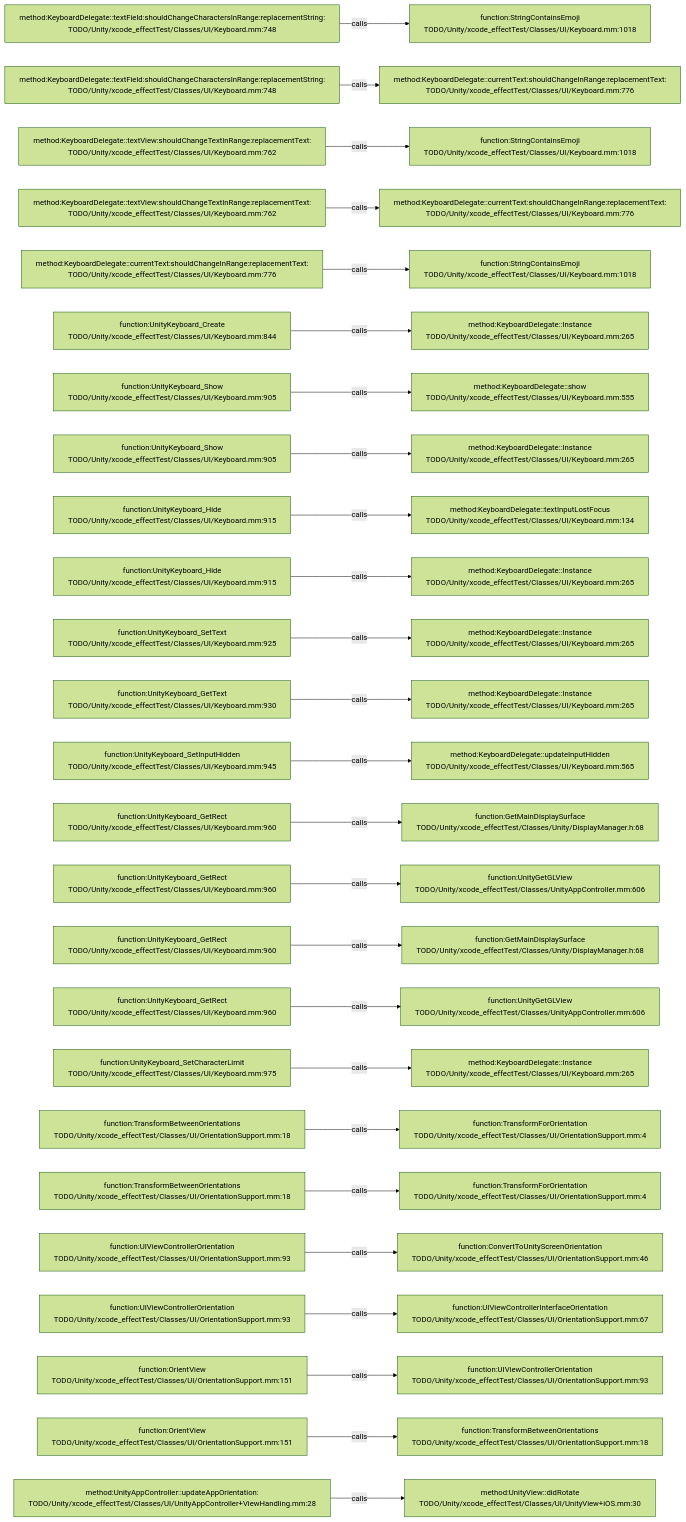
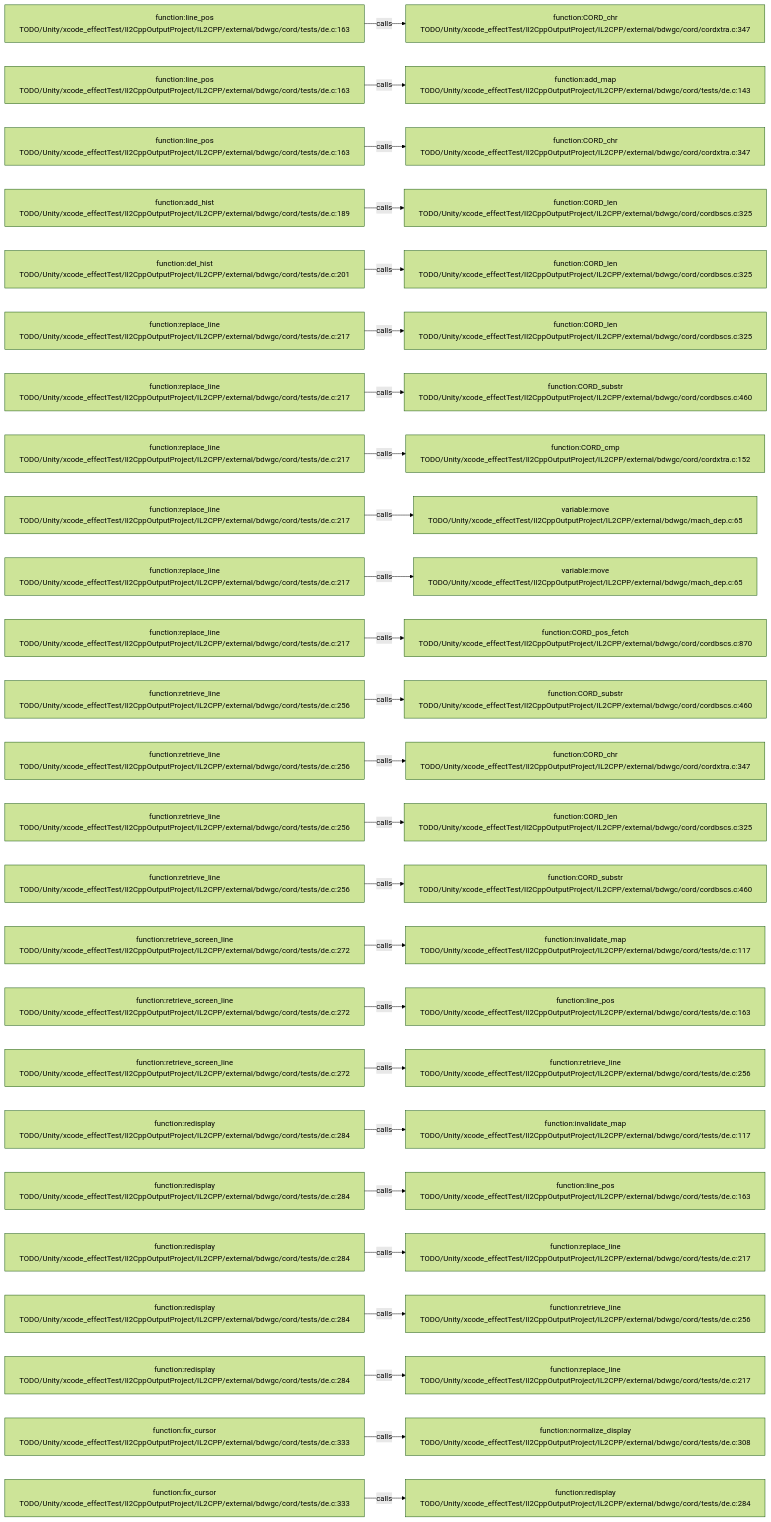
One commit to JobsKits/JobsSwiftBaseConfigDemo changed the diagram in .codegraph/codegraph.md/graphs/calls-093.md. Above: the diagram before and after it, drawn with Mermaid (forest theme). The commit also changed 227 other files, not shown here.

````diff
--- a/.codegraph/codegraph.md/graphs/calls-093.md
+++ b/.codegraph/codegraph.md/graphs/calls-093.md
@@ -13,78 +13,78 @@
 ```mermaid
 flowchart LR
-  S1["method:KeyboardDelegate::textField:shouldChangeCharactersInRange:replacementString:<br/>TODO/Unity/xcode_effectTest/Classes/UI/Keyboard.mm:748"]
-  T1["function:StringContainsEmoji<br/>TODO/Unity/xcode_effectTest/Classes/UI/Keyboard.mm:1018"]
+  S1["function:line_pos<br/>TODO/Unity/xcode_effectTest/Il2CppOutputProject/IL2CPP/external/bdwgc/cord/tests/de.c:163"]
+  T1["function:CORD_chr<br/>TODO/Unity/xcode_effectTest/Il2CppOutputProject/IL2CPP/external/bdwgc/cord/cordxtra.c:347"]
   S1 -->|calls| T1
-  S2["method:KeyboardDelegate::textField:shouldChangeCharactersInRange:replacementString:<br/>TODO/Unity/xcode_effectTest/Classes/UI/Keyboard.mm:748"]
-  T2["method:KeyboardDelegate::currentText:shouldChangeInRange:replacementText:<br/>TODO/Unity/xcode_effectTest/Classes/UI/Keyboard.mm:776"]
+  S2["function:line_pos<br/>TODO/Unity/xcode_effectTest/Il2CppOutputProject/IL2CPP/external/bdwgc/cord/tests/de.c:163"]
+  T2["function:add_map<br/>TODO/Unity/xcode_effectTest/Il2CppOutputProject/IL2CPP/external/bdwgc/cord/tests/de.c:143"]
   S2 -->|calls| T2
-  S3["method:KeyboardDelegate::textView:shouldChangeTextInRange:replacementText:<br/>TODO/Unity/xcode_effectTest/Classes/UI/Keyboard.mm:762"]
-  T3["function:StringContainsEmoji<br/>TODO/Unity/xcode_effectTest/Classes/UI/Keyboard.mm:1018"]
+  S3["function:line_pos<br/>TODO/Unity/xcode_effectTest/Il2CppOutputProject/IL2CPP/external/bdwgc/cord/tests/de.c:163"]
+  T3["function:CORD_chr<br/>TODO/Unity/xcode_effectTest/Il2CppOutputProject/IL2CPP/external/bdwgc/cord/cordxtra.c:347"]
   S3 -->|calls| T3
-  S4["method:KeyboardDelegate::textView:shouldChangeTextInRange:replacementText:<br/>TODO/Unity/xcode_effectTest/Classes/UI/Keyboard.mm:762"]
-  T4["method:KeyboardDelegate::currentText:shouldChangeInRange:replacementText:<br/>TODO/Unity/xcode_effectTest/Classes/UI/Keyboard.mm:776"]
+  S4["function:add_hist<br/>TODO/Unity/xcode_effectTest/Il2CppOutputProject/IL2CPP/external/bdwgc/cord/tests/de.c:189"]
+  T4["function:CORD_len<br/>TODO/Unity/xcode_effectTest/Il2CppOutputProject/IL2CPP/external/bdwgc/cord/cordbscs.c:325"]
   S4 -->|calls| T4
-  S5["method:KeyboardDelegate::currentText:shouldChangeInRange:replacementText:<br/>TODO/Unity/xcode_effectTest/Classes/UI/Keyboard.mm:776"]
-  T5["function:StringContainsEmoji<br/>TODO/Unity/xcode_effectTest/Classes/UI/Keyboard.mm:1018"]
+  S5["function:del_hist<br/>TODO/Unity/xcode_effectTest/Il2CppOutputProject/IL2CPP/external/bdwgc/cord/tests/de.c:201"]
+  T5["function:CORD_len<br/>TODO/Unity/xcode_effectTest/Il2CppOutputProject/IL2CPP/external/bdwgc/cord/cordbscs.c:325"]
   S5 -->|calls| T5
-  S6["function:UnityKeyboard_Create<br/>TODO/Unity/xcode_effectTest/Classes/UI/Keyboard.mm:844"]
-  T6["method:KeyboardDelegate::Instance<br/>TODO/Unity/xcode_effectTest/Classes/UI/Keyboard.mm:265"]
+  S6["function:replace_line<br/>TODO/Unity/xcode_effectTest/Il2CppOutputProject/IL2CPP/external/bdwgc/cord/tests/de.c:217"]
+  T6["function:CORD_len<br/>TODO/Unity/xcode_effectTest/Il2CppOutputProject/IL2CPP/external/bdwgc/cord/cordbscs.c:325"]
   S6 -->|calls| T6
-  S7["function:UnityKeyboard_Show<br/>TODO/Unity/xcode_effectTest/Classes/UI/Keyboard.mm:905"]
-  T7["method:KeyboardDelegate::show<br/>TODO/Unity/xcode_effectTest/Classes/UI/Keyboard.mm:555"]
+  S7["function:replace_line<br/>TODO/Unity/xcode_effectTest/Il2CppOutputProject/IL2CPP/external/bdwgc/cord/tests/de.c:217"]
+  T7["function:CORD_substr<br/>TODO/Unity/xcode_effectTest/Il2CppOutputProject/IL2CPP/external/bdwgc/cord/cordbscs.c:460"]
   S7 -->|calls| T7
-  S8["function:UnityKeyboard_Show<br/>TODO/Unity/xcode_effectTest/Classes/UI/Keyboard.mm:905"]
-  T8["method:KeyboardDelegate::Instance<br/>TODO/Unity/xcode_effectTest/Classes/UI/Keyboard.mm:265"]
+  S8["function:replace_line<br/>TODO/Unity/xcode_effectTest/Il2CppOutputProject/IL2CPP/external/bdwgc/cord/tests/de.c:217"]
+  T8["function:CORD_cmp<br/>TODO/Unity/xcode_effectTest/Il2CppOutputProject/IL2CPP/external/bdwgc/cord/cordxtra.c:152"]
   S8 -->|calls| T8
-  S9["function:UnityKeyboard_Hide<br/>TODO/Unity/xcode_effectTest/Classes/UI/Keyboard.mm:915"]
-  T9["method:KeyboardDelegate::textInputLostFocus<br/>TODO/Unity/xcode_effectTest/Classes/UI/Keyboard.mm:134"]
+  S9["function:replace_line<br/>TODO/Unity/xcode_effectTest/Il2CppOutputProject/IL2CPP/external/bdwgc/cord/tests/de.c:217"]
+  T9["variable:move<br/>TODO/Unity/xcode_effectTest/Il2CppOutputProject/IL2CPP/external/bdwgc/mach_dep.c:65"]
   S9 -->|calls| T9
-  S10["function:UnityKeyboard_Hide<br/>TODO/Unity/xcode_effectTest/Classes/UI/Keyboard.mm:915"]
-  T10["method:KeyboardDelegate::Instance<br/>TODO/Unity/xcode_effectTest/Classes/UI/Keyboard.mm:265"]
+  S10["function:replace_line<br/>TODO/Unity/xcode_effectTest/Il2CppOutputProject/IL2CPP/external/bdwgc/cord/tests/de.c:217"]
+  T10["variable:move<br/>TODO/Unity/xcode_effectTest/Il2CppOutputProject/IL2CPP/external/bdwgc/mach_dep.c:65"]
   S10 -->|calls| T10
-  S11["function:UnityKeyboard_SetText<br/>TODO/Unity/xcode_effectTest/Classes/UI/Keyboard.mm:925"]
-  T11["method:KeyboardDelegate::Instance<br/>TODO/Unity/xcode_effectTest/Classes/UI/Keyboard.mm:265"]
+  S11["function:replace_line<br/>TODO/Unity/xcode_effectTest/Il2CppOutputProject/IL2CPP/external/bdwgc/cord/tests/de.c:217"]
+  T11["function:CORD_pos_fetch<br/>TODO/Unity/xcode_effectTest/Il2CppOutputProject/IL2CPP/external/bdwgc/cord/cordbscs.c:870"]
   S11 -->|calls| T11
-  S12["function:UnityKeyboard_GetText<br/>TODO/Unity/xcode_effectTest/Classes/UI/Keyboard.mm:930"]
-  T12["method:KeyboardDelegate::Instance<br/>TODO/Unity/xcode_effectTest/Classes/UI/Keyboard.mm:265"]
+  S12["function:retrieve_line<br/>TODO/Unity/xcode_effectTest/Il2CppOutputProject/IL2CPP/external/bdwgc/cord/tests/de.c:256"]
+  T12["function:CORD_substr<br/>TODO/Unity/xcode_effectTest/Il2CppOutputProject/IL2CPP/external/bdwgc/cord/cordbscs.c:460"]
   S12 -->|calls| T12
-  S13["function:UnityKeyboard_SetInputHidden<br/>TODO/Unity/xcode_effectTest/Classes/UI/Keyboard.mm:945"]
-  T13["method:KeyboardDelegate::updateInputHidden<br/>TODO/Unity/xcode_effectTest/Classes/UI/Keyboard.mm:565"]
+  S13["function:retrieve_line<br/>TODO/Unity/xcode_effectTest/Il2CppOutputProject/IL2CPP/external/bdwgc/cord/tests/de.c:256"]
+  T13["function:CORD_chr<br/>TODO/Unity/xcode_effectTest/Il2CppOutputProject/IL2CPP/external/bdwgc/cord/cordxtra.c:347"]
   S13 -->|calls| T13
-  S14["function:UnityKeyboard_GetRect<br/>TODO/Unity/xcode_effectTest/Classes/UI/Keyboard.mm:960"]
-  T14["function:GetMainDisplaySurface<br/>TODO/Unity/xcode_effectTest/Classes/Unity/DisplayManager.h:68"]
+  S14["function:retrieve_line<br/>TODO/Unity/xcode_effectTest/Il2CppOutputProject/IL2CPP/external/bdwgc/cord/tests/de.c:256"]
+  T14["function:CORD_len<br/>TODO/Unity/xcode_effectTest/Il2CppOutputProject/IL2CPP/external/bdwgc/cord/cordbscs.c:325"]
   S14 -->|calls| T14
-  S15["function:UnityKeyboard_GetRect<br/>TODO/Unity/xcode_effectTest/Classes/UI/Keyboard.mm:960"]
-  T15["function:UnityGetGLView<br/>TODO/Unity/xcode_effectTest/Classes/UnityAppController.mm:606"]
+  S15["function:retrieve_line<br/>TODO/Unity/xcode_effectTest/Il2CppOutputProject/IL2CPP/external/bdwgc/cord/tests/de.c:256"]
+  T15["function:CORD_substr<br/>TODO/Unity/xcode_effectTest/Il2CppOutputProject/IL2CPP/external/bdwgc/cord/cordbscs.c:460"]
   S15 -->|calls| T15
-  S16["function:UnityKeyboard_GetRect<br/>TODO/Unity/xcode_effectTest/Classes/UI/Keyboard.mm:960"]
-  T16["function:GetMainDisplaySurface<br/>TODO/Unity/xcode_effectTest/Classes/Unity/DisplayManager.h:68"]
+  S16["function:retrieve_screen_line<br/>TODO/Unity/xcode_effectTest/Il2CppOutputProject/IL2CPP/external/bdwgc/cord/tests/de.c:272"]
+  T16["function:invalidate_map<br/>TODO/Unity/xcode_effectTest/Il2CppOutputProject/IL2CPP/external/bdwgc/cord/tests/de.c:117"]
   S16 -->|calls| T16
-  S17["function:UnityKeyboard_GetRect<br/>TODO/Unity/xcode_effectTest/Classes/UI/Keyboard.mm:960"]
-  T17["function:UnityGetGLView<br/>TODO/Unity/xcode_effectTest/Classes/UnityAppController.mm:606"]
+  S17["function:retrieve_screen_line<br/>TODO/Unity/xcode_effectTest/Il2CppOutputProject/IL2CPP/external/bdwgc/cord/tests/de.c:272"]
+  T17["function:line_pos<br/>TODO/Unity/xcode_effectTest/Il2CppOutputProject/IL2CPP/external/bdwgc/cord/tests/de.c:163"]
   S17 -->|calls| T17
-  S18["function:UnityKeyboard_SetCharacterLimit<br/>TODO/Unity/xcode_effectTest/Classes/UI/Keyboard.mm:975"]
-  T18["method:KeyboardDelegate::Instance<br/>TODO/Unity/xcode_effectTest/Classes/UI/Keyboard.mm:265"]
+  S18["function:retrieve_screen_line<br/>TODO/Unity/xcode_effectTest/Il2CppOutputProject/IL2CPP/external/bdwgc/cord/tests/de.c:272"]
+  T18["function:retrieve_line<br/>TODO/Unity/xcode_effectTest/Il2CppOutputProject/IL2CPP/external/bdwgc/cord/tests/de.c:256"]
   S18 -->|calls| T18
-  S19["function:TransformBetweenOrientations<br/>TODO/Unity/xcode_effectTest/Classes/UI/OrientationSupport.mm:18"]
-  T19["function:TransformForOrientation<br/>TODO/Unity/xcode_effectTest/Classes/UI/OrientationSupport.mm:4"]
+  S19["function:redisplay<br/>TODO/Unity/xcode_effectTest/Il2CppOutputProject/IL2CPP/external/bdwgc/cord/tests/de.c:284"]
+  T19["function:invalidate_map<br/>TODO/Unity/xcode_effectTest/Il2CppOutputProject/IL2CPP/external/bdwgc/cord/tests/de.c:117"]
   S19 -->|calls| T19
-  S20["function:TransformBetweenOrientations<br/>TODO/Unity/xcode_effectTest/Classes/UI/OrientationSupport.mm:18"]
-  T20["function:TransformForOrientation<br/>TODO/Unity/xcode_effectTest/Classes/UI/OrientationSupport.mm:4"]
+  S20["function:redisplay<br/>TODO/Unity/xcode_effectTest/Il2CppOutputProject/IL2CPP/external/bdwgc/cord/tests/de.c:284"]
+  T20["function:line_pos<br/>TODO/Unity/xcode_effectTest/Il2CppOutputProject/IL2CPP/external/bdwgc/cord/tests/de.c:163"]
   S20 -->|calls| T20
-  S21["function:UIViewControllerOrientation<br/>TODO/Unity/xcode_effectTest/Classes/UI/OrientationSupport.mm:93"]
-  T21["function:ConvertToUnityScreenOrientation<br/>TODO/Unity/xcode_effectTest/Classes/UI/OrientationSupport.mm:46"]
+  S21["function:redisplay<br/>TODO/Unity/xcode_effectTest/Il2CppOutputProject/IL2CPP/external/bdwgc/cord/tests/de.c:284"]
+  T21["function:replace_line<br/>TODO/Unity/xcode_effectTest/Il2CppOutputProject/IL2CPP/external/bdwgc/cord/tests/de.c:217"]
   S21 -->|calls| T21
-  S22["function:UIViewControllerOrientation<br/>TODO/Unity/xcode_effectTest/Classes/UI/OrientationSupport.mm:93"]
-  T22["function:UIViewControllerInterfaceOrientation<br/>TODO/Unity/xcode_effectTest/Classes/UI/OrientationSupport.mm:67"]
+  S22["function:redisplay<br/>TODO/Unity/xcode_effectTest/Il2CppOutputProject/IL2CPP/external/bdwgc/cord/tests/de.c:284"]
+  T22["function:retrieve_line<br/>TODO/Unity/xcode_effectTest/Il2CppOutputProject/IL2CPP/external/bdwgc/cord/tests/de.c:256"]
   S22 -->|calls| T22
-  S23["function:OrientView<br/>TODO/Unity/xcode_effectTest/Classes/UI/OrientationSupport.mm:151"]
-  T23["function:UIViewControllerOrientation<br/>TODO/Unity/xcode_effectTest/Classes/UI/OrientationSupport.mm:93"]
+  S23["function:redisplay<br/>TODO/Unity/xcode_effectTest/Il2CppOutputProject/IL2CPP/external/bdwgc/cord/tests/de.c:284"]
+  T23["function:replace_line<br/>TODO/Unity/xcode_effectTest/Il2CppOutputProject/IL2CPP/external/bdwgc/cord/tests/de.c:217"]
   S23 -->|calls| T23
-  S24["function:OrientView<br/>TODO/Unity/xcode_effectTest/Classes/UI/OrientationSupport.mm:151"]
-  T24["function:TransformBetweenOrientations<br/>TODO/Unity/xcode_effectTest/Classes/UI/OrientationSupport.mm:18"]
+  S24["function:fix_cursor<br/>TODO/Unity/xcode_effectTest/Il2CppOutputProject/IL2CPP/external/bdwgc/cord/tests/de.c:333"]
+  T24["function:normalize_display<br/>TODO/Unity/xcode_effectTest/Il2CppOutputProject/IL2CPP/external/bdwgc/cord/tests/de.c:308"]
   S24 -->|calls| T24
-  S25["method:UnityAppController::updateAppOrientation:<br/>TODO/Unity/xcode_effectTest/Classes/UI/UnityAppController+ViewHandling.mm:28"]
-  T25["method:UnityView::didRotate<br/>TODO/Unity/xcode_effectTest/Classes/UI/UnityView+iOS.mm:30"]
+  S25["function:fix_cursor<br/>TODO/Unity/xcode_effectTest/Il2CppOutputProject/IL2CPP/external/bdwgc/cord/tests/de.c:333"]
+  T25["function:redisplay<br/>TODO/Unity/xcode_effectTest/Il2CppOutputProject/IL2CPP/external/bdwgc/cord/tests/de.c:284"]
   S25 -->|calls| T25
 ```
````
